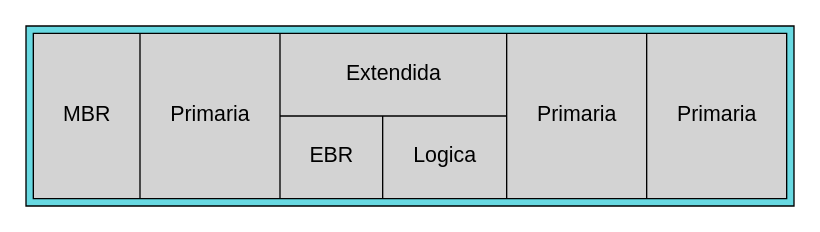
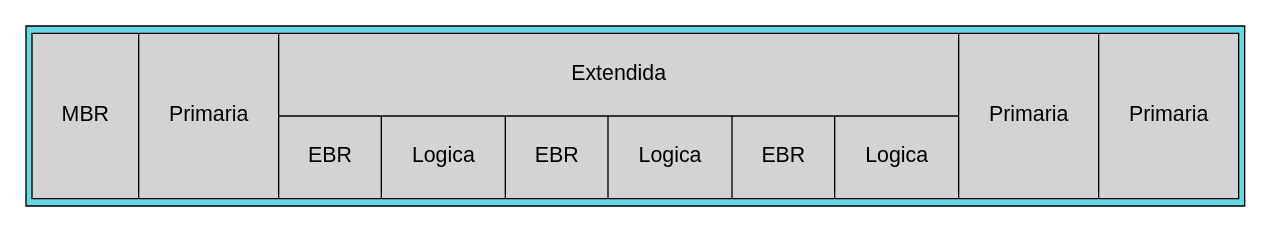
Before and after one commit to luis-tavico/MIA_2SP1_202000562: the diagram in reportes/reporte_disco.dot, drawn with Graphviz. The commit also changed 7 other files, not shown here.

```diff
--- a/reportes/reporte_disco.dot
+++ b/reportes/reporte_disco.dot
@@ -1,6 +1,6 @@
 digraph G {
     subgraph cluster { margin="5.0" penwidth="1.0" bgcolor="#68d9e2"
         node [style="rounded" style=filled fontname="Arial" fontsize="16" margin=0.3];
-        node_disk [shape="record" label="MBR|Primaria|{Extendida|{EBR|Logica}}|Primaria|Primaria"];
+        node_disk [shape="record" label="MBR|Primaria|{Extendida|{EBR|Logica|EBR|Logica|EBR|Logica}}|Primaria|Primaria"];
     }
 }
```
